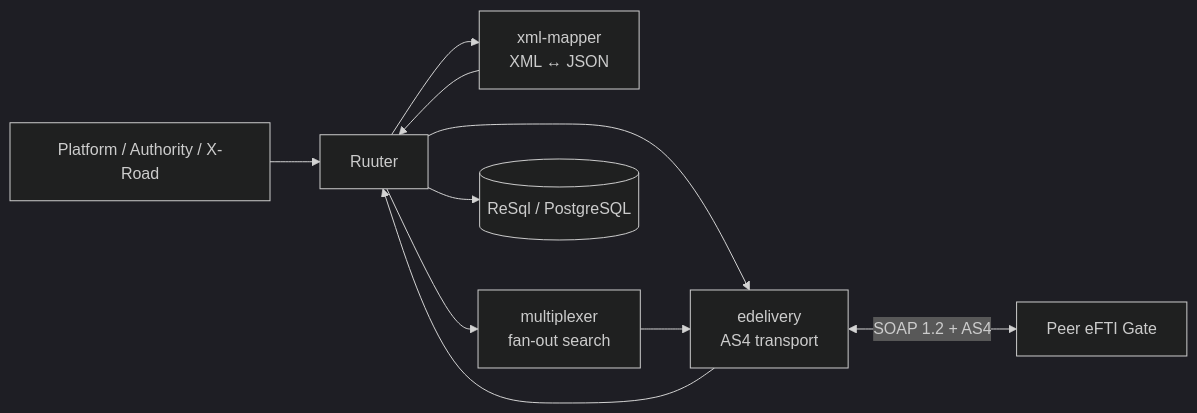
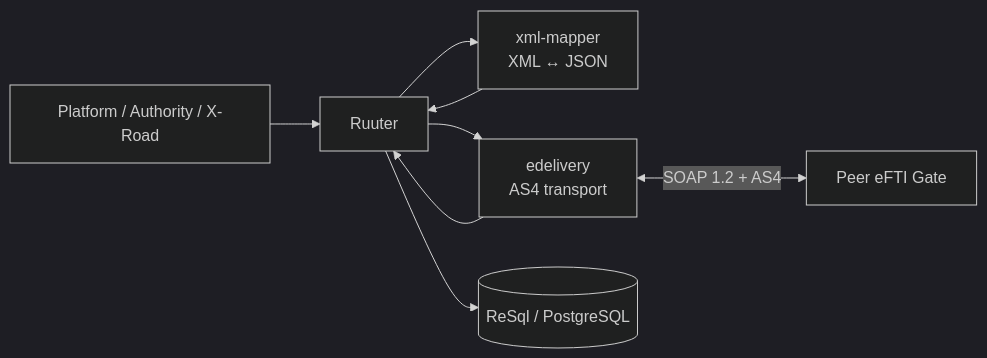
Before and after one commit to kemit-ee/efti-gate-ee: the first of 5 diagrams in docs/architecture/integrations/internal-kotlin-services.md, drawn with Mermaid (dark theme). The commit also changed other lines of this file and 50 other files, not shown here.

````diff
--- a/docs/architecture/integrations/internal-kotlin-services.md
+++ b/docs/architecture/integrations/internal-kotlin-services.md
@@ -17,12 +17,10 @@
 ```mermaid
 flowchart LR
     Caller[Platform / Authority / X-Road] --> R[Ruuter]
     R --> XM[xml-mapper<br/>XML ↔ JSON]
-    R --> M[multiplexer<br/>fan-out search]
     R --> E[edelivery<br/>AS4 transport]
     XM --> R
-    M --> E
     E --> R
     R --> DB[(ReSql / PostgreSQL)]
     E <-->|SOAP 1.2 + AS4| Peer[Peer eFTI Gate]
 ```
````
